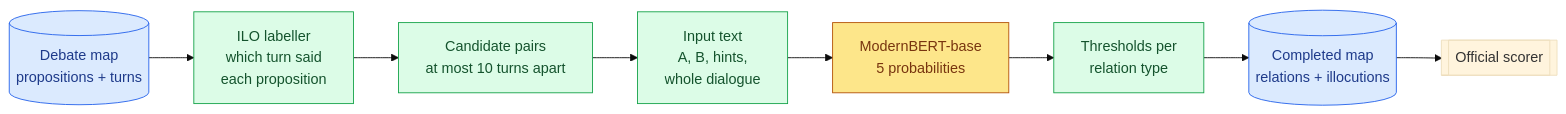
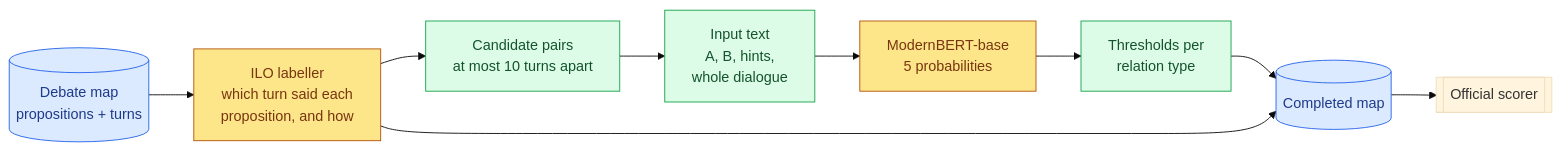
Before and after one commit to KuuNL/Argument-Mining: the first of 5 diagrams in reports/A1-cross-encoder.md, drawn with Mermaid (base theme). The commit also changed other lines of this file and 17 other files, not shown here.

````diff
--- a/reports/A1-cross-encoder.md
+++ b/reports/A1-cross-encoder.md
@@ -27,16 +29,17 @@
 ```mermaid
 flowchart LR
-  M[("Debate map<br/>propositions + turns")] --> L["ILO labeller<br/>which turn said<br/>each proposition"]
+  M[("Debate map<br/>propositions + turns")] --> L["ILO labeller<br/>which turn said each<br/>proposition, and how"]
   L --> P["Candidate pairs<br/>at most 10 turns apart"]
   P --> X["Input text<br/>A, B, hints,<br/>whole dialogue"]
   X --> B["ModernBERT-base<br/>5 probabilities"]
   B --> T["Thresholds per<br/>relation type"]
-  T --> O[("Completed map<br/>relations + illocutions")]
+  T --> O[("Completed map")]
+  L --> O
   O --> S[["Official scorer"]]
   classDef data fill:#dbeafe,stroke:#2563eb,color:#1e3a8a
   classDef step fill:#dcfce7,stroke:#16a34a,color:#14532d
   classDef model fill:#fde68a,stroke:#b45309,color:#78350f
   class M,O data
-  class L,P,X,T step
-  class B model
+  class P,X,T step
+  class L,B model
 ```
````
